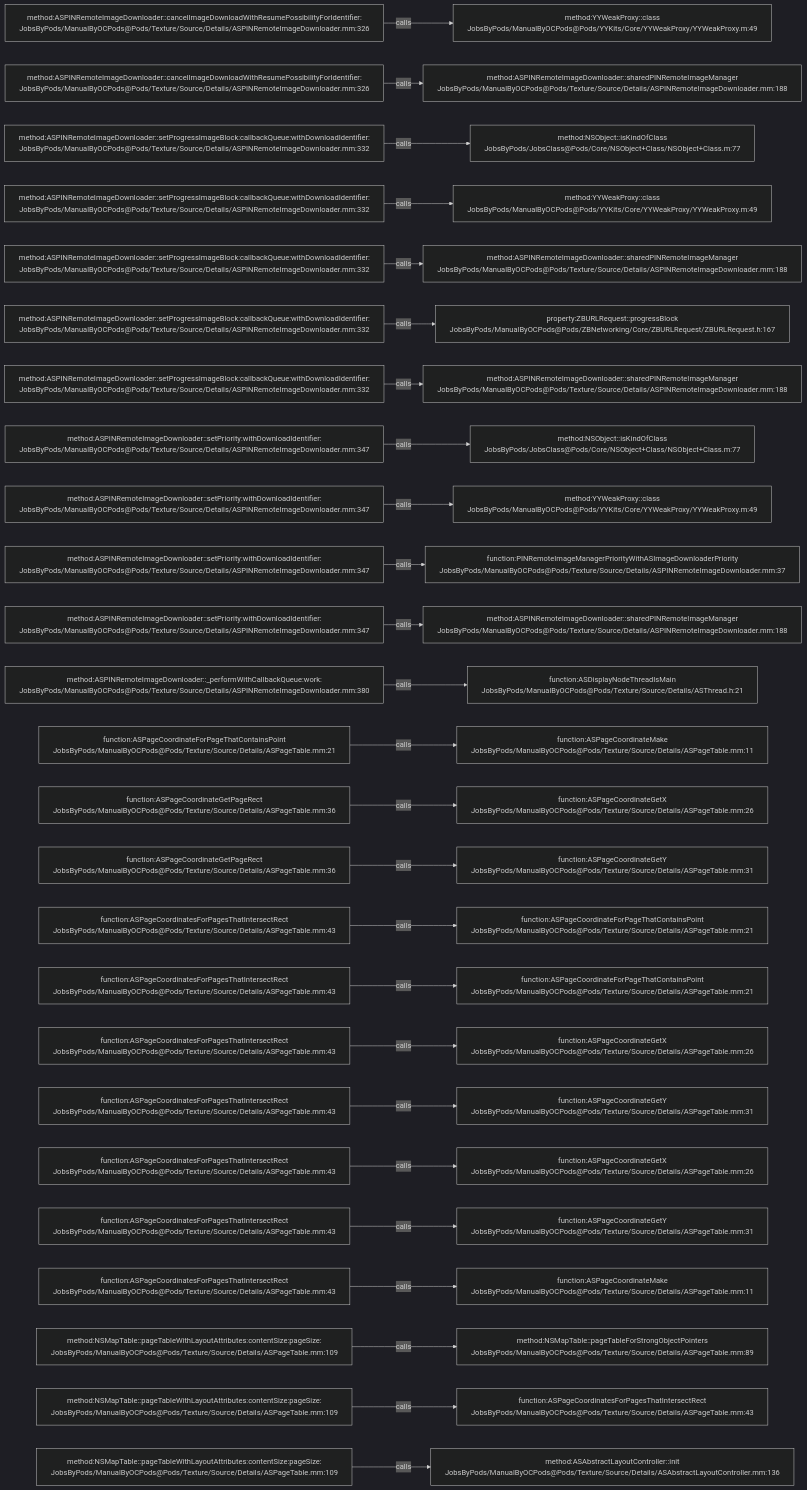
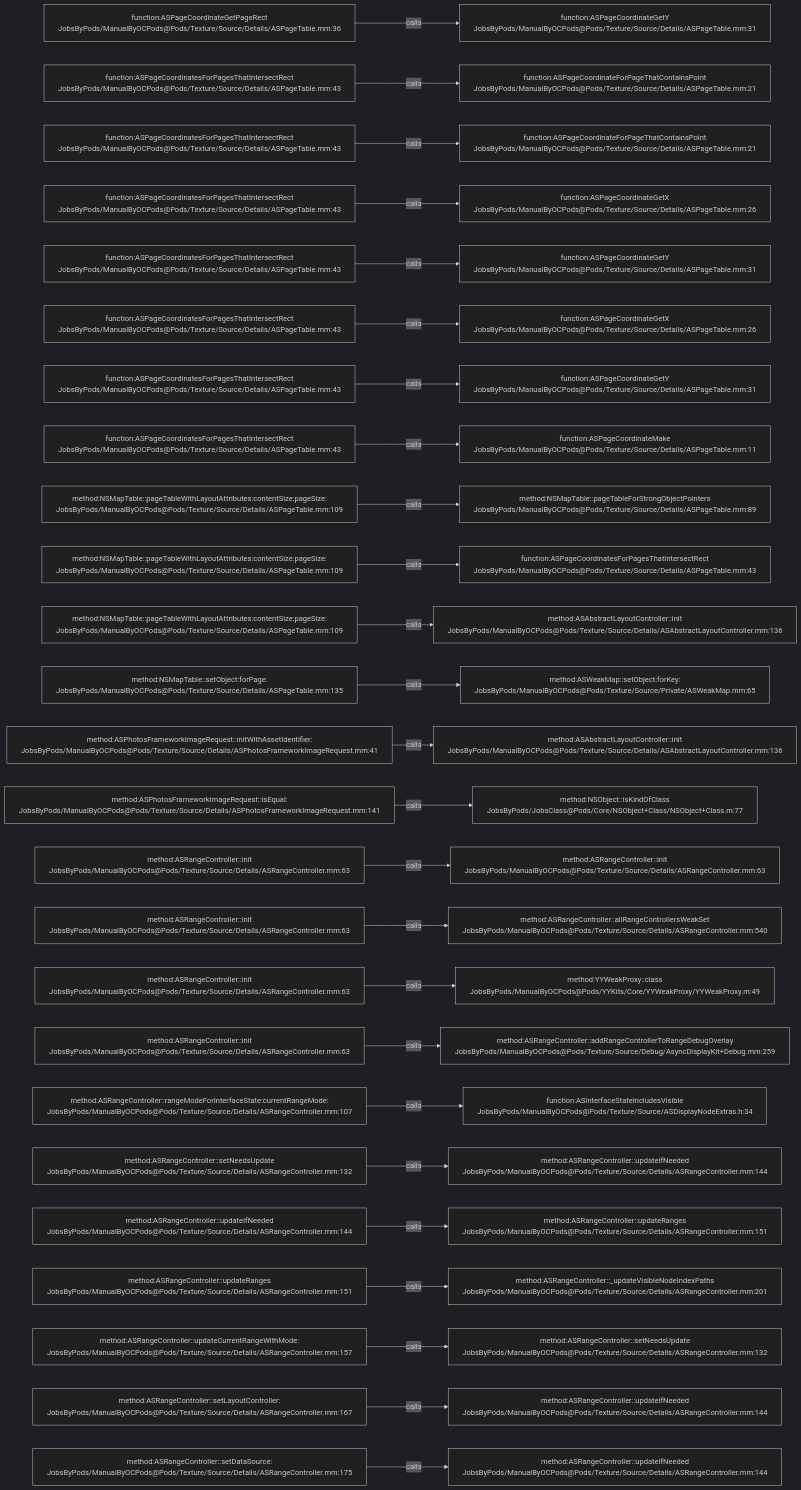
The diagram in .codegraph/codegraph.md/graphs/calls-164.md (JobsKits/JobsOCBaseConfigDemo), drawn with Mermaid (dark theme) before and after one commit. The commit also changed 296 other files, not shown here.

````diff
--- a/.codegraph/codegraph.md/graphs/calls-164.md
+++ b/.codegraph/codegraph.md/graphs/calls-164.md
@@ -13,78 +13,78 @@
 ```mermaid
 flowchart LR
-  S1["method:ASPINRemoteImageDownloader::cancelImageDownloadWithResumePossibilityForIdentifier:<br/>JobsByPods/ManualByOCPods@Pods/Texture/Source/Details/ASPINRemoteImageDownloader.mm:326"]
-  T1["method:YYWeakProxy::class<br/>JobsByPods/ManualByOCPods@Pods/YYKits/Core/YYWeakProxy/YYWeakProxy.m:49"]
+  S1["function:ASPageCoordinateGetPageRect<br/>JobsByPods/ManualByOCPods@Pods/Texture/Source/Details/ASPageTable.mm:36"]
+  T1["function:ASPageCoordinateGetY<br/>JobsByPods/ManualByOCPods@Pods/Texture/Source/Details/ASPageTable.mm:31"]
   S1 -->|calls| T1
-  S2["method:ASPINRemoteImageDownloader::cancelImageDownloadWithResumePossibilityForIdentifier:<br/>JobsByPods/ManualByOCPods@Pods/Texture/Source/Details/ASPINRemoteImageDownloader.mm:326"]
-  T2["method:ASPINRemoteImageDownloader::sharedPINRemoteImageManager<br/>JobsByPods/ManualByOCPods@Pods/Texture/Source/Details/ASPINRemoteImageDownloader.mm:188"]
+  S2["function:ASPageCoordinatesForPagesThatIntersectRect<br/>JobsByPods/ManualByOCPods@Pods/Texture/Source/Details/ASPageTable.mm:43"]
+  T2["function:ASPageCoordinateForPageThatContainsPoint<br/>JobsByPods/ManualByOCPods@Pods/Texture/Source/Details/ASPageTable.mm:21"]
   S2 -->|calls| T2
-  S3["method:ASPINRemoteImageDownloader::setProgressImageBlock:callbackQueue:withDownloadIdentifier:<br/>JobsByPods/ManualByOCPods@Pods/Texture/Source/Details/ASPINRemoteImageDownloader.mm:332"]
-  T3["method:NSObject::isKindOfClass<br/>JobsByPods/JobsClass@Pods/Core/NSObject+Class/NSObject+Class.m:77"]
+  S3["function:ASPageCoordinatesForPagesThatIntersectRect<br/>JobsByPods/ManualByOCPods@Pods/Texture/Source/Details/ASPageTable.mm:43"]
+  T3["function:ASPageCoordinateForPageThatContainsPoint<br/>JobsByPods/ManualByOCPods@Pods/Texture/Source/Details/ASPageTable.mm:21"]
   S3 -->|calls| T3
-  S4["method:ASPINRemoteImageDownloader::setProgressImageBlock:callbackQueue:withDownloadIdentifier:<br/>JobsByPods/ManualByOCPods@Pods/Texture/Source/Details/ASPINRemoteImageDownloader.mm:332"]
-  T4["method:YYWeakProxy::class<br/>JobsByPods/ManualByOCPods@Pods/YYKits/Core/YYWeakProxy/YYWeakProxy.m:49"]
+  S4["function:ASPageCoordinatesForPagesThatIntersectRect<br/>JobsByPods/ManualByOCPods@Pods/Texture/Source/Details/ASPageTable.mm:43"]
+  T4["function:ASPageCoordinateGetX<br/>JobsByPods/ManualByOCPods@Pods/Texture/Source/Details/ASPageTable.mm:26"]
   S4 -->|calls| T4
-  S5["method:ASPINRemoteImageDownloader::setProgressImageBlock:callbackQueue:withDownloadIdentifier:<br/>JobsByPods/ManualByOCPods@Pods/Texture/Source/Details/ASPINRemoteImageDownloader.mm:332"]
-  T5["method:ASPINRemoteImageDownloader::sharedPINRemoteImageManager<br/>JobsByPods/ManualByOCPods@Pods/Texture/Source/Details/ASPINRemoteImageDownloader.mm:188"]
+  S5["function:ASPageCoordinatesForPagesThatIntersectRect<br/>JobsByPods/ManualByOCPods@Pods/Texture/Source/Details/ASPageTable.mm:43"]
+  T5["function:ASPageCoordinateGetY<br/>JobsByPods/ManualByOCPods@Pods/Texture/Source/Details/ASPageTable.mm:31"]
   S5 -->|calls| T5
-  S6["method:ASPINRemoteImageDownloader::setProgressImageBlock:callbackQueue:withDownloadIdentifier:<br/>JobsByPods/ManualByOCPods@Pods/Texture/Source/Details/ASPINRemoteImageDownloader.mm:332"]
-  T6["property:ZBURLRequest::progressBlock<br/>JobsByPods/ManualByOCPods@Pods/ZBNetworking/Core/ZBURLRequest/ZBURLRequest.h:167"]
+  S6["function:ASPageCoordinatesForPagesThatIntersectRect<br/>JobsByPods/ManualByOCPods@Pods/Texture/Source/Details/ASPageTable.mm:43"]
+  T6["function:ASPageCoordinateGetX<br/>JobsByPods/ManualByOCPods@Pods/Texture/Source/Details/ASPageTable.mm:26"]
   S6 -->|calls| T6
-  S7["method:ASPINRemoteImageDownloader::setProgressImageBlock:callbackQueue:withDownloadIdentifier:<br/>JobsByPods/ManualByOCPods@Pods/Texture/Source/Details/ASPINRemoteImageDownloader.mm:332"]
-  T7["method:ASPINRemoteImageDownloader::sharedPINRemoteImageManager<br/>JobsByPods/ManualByOCPods@Pods/Texture/Source/Details/ASPINRemoteImageDownloader.mm:188"]
+  S7["function:ASPageCoordinatesForPagesThatIntersectRect<br/>JobsByPods/ManualByOCPods@Pods/Texture/Source/Details/ASPageTable.mm:43"]
+  T7["function:ASPageCoordinateGetY<br/>JobsByPods/ManualByOCPods@Pods/Texture/Source/Details/ASPageTable.mm:31"]
   S7 -->|calls| T7
-  S8["method:ASPINRemoteImageDownloader::setPriority:withDownloadIdentifier:<br/>JobsByPods/ManualByOCPods@Pods/Texture/Source/Details/ASPINRemoteImageDownloader.mm:347"]
-  T8["method:NSObject::isKindOfClass<br/>JobsByPods/JobsClass@Pods/Core/NSObject+Class/NSObject+Class.m:77"]
+  S8["function:ASPageCoordinatesForPagesThatIntersectRect<br/>JobsByPods/ManualByOCPods@Pods/Texture/Source/Details/ASPageTable.mm:43"]
+  T8["function:ASPageCoordinateMake<br/>JobsByPods/ManualByOCPods@Pods/Texture/Source/Details/ASPageTable.mm:11"]
   S8 -->|calls| T8
-  S9["method:ASPINRemoteImageDownloader::setPriority:withDownloadIdentifier:<br/>JobsByPods/ManualByOCPods@Pods/Texture/Source/Details/ASPINRemoteImageDownloader.mm:347"]
-  T9["method:YYWeakProxy::class<br/>JobsByPods/ManualByOCPods@Pods/YYKits/Core/YYWeakProxy/YYWeakProxy.m:49"]
+  S9["method:NSMapTable::pageTableWithLayoutAttributes:contentSize:pageSize:<br/>JobsByPods/ManualByOCPods@Pods/Texture/Source/Details/ASPageTable.mm:109"]
+  T9["method:NSMapTable::pageTableForStrongObjectPointers<br/>JobsByPods/ManualByOCPods@Pods/Texture/Source/Details/ASPageTable.mm:89"]
   S9 -->|calls| T9
-  S10["method:ASPINRemoteImageDownloader::setPriority:withDownloadIdentifier:<br/>JobsByPods/ManualByOCPods@Pods/Texture/Source/Details/ASPINRemoteImageDownloader.mm:347"]
-  T10["function:PINRemoteImageManagerPriorityWithASImageDownloaderPriority<br/>JobsByPods/ManualByOCPods@Pods/Texture/Source/Details/ASPINRemoteImageDownloader.mm:37"]
+  S10["method:NSMapTable::pageTableWithLayoutAttributes:contentSize:pageSize:<br/>JobsByPods/ManualByOCPods@Pods/Texture/Source/Details/ASPageTable.mm:109"]
+  T10["function:ASPageCoordinatesForPagesThatIntersectRect<br/>JobsByPods/ManualByOCPods@Pods/Texture/Source/Details/ASPageTable.mm:43"]
   S10 -->|calls| T10
-  S11["method:ASPINRemoteImageDownloader::setPriority:withDownloadIdentifier:<br/>JobsByPods/ManualByOCPods@Pods/Texture/Source/Details/ASPINRemoteImageDownloader.mm:347"]
-  T11["method:ASPINRemoteImageDownloader::sharedPINRemoteImageManager<br/>JobsByPods/ManualByOCPods@Pods/Texture/Source/Details/ASPINRemoteImageDownloader.mm:188"]
+  S11["method:NSMapTable::pageTableWithLayoutAttributes:contentSize:pageSize:<br/>JobsByPods/ManualByOCPods@Pods/Texture/Source/Details/ASPageTable.mm:109"]
+  T11["method:ASAbstractLayoutController::init<br/>JobsByPods/ManualByOCPods@Pods/Texture/Source/Details/ASAbstractLayoutController.mm:136"]
   S11 -->|calls| T11
-  S12["method:ASPINRemoteImageDownloader::_performWithCallbackQueue:work:<br/>JobsByPods/ManualByOCPods@Pods/Texture/Source/Details/ASPINRemoteImageDownloader.mm:380"]
-  T12["function:ASDisplayNodeThreadIsMain<br/>JobsByPods/ManualByOCPods@Pods/Texture/Source/Details/ASThread.h:21"]
+  S12["method:NSMapTable::setObject:forPage:<br/>JobsByPods/ManualByOCPods@Pods/Texture/Source/Details/ASPageTable.mm:135"]
+  T12["method:ASWeakMap::setObject:forKey:<br/>JobsByPods/ManualByOCPods@Pods/Texture/Source/Private/ASWeakMap.mm:65"]
   S12 -->|calls| T12
-  S13["function:ASPageCoordinateForPageThatContainsPoint<br/>JobsByPods/ManualByOCPods@Pods/Texture/Source/Details/ASPageTable.mm:21"]
-  T13["function:ASPageCoordinateMake<br/>JobsByPods/ManualByOCPods@Pods/Texture/Source/Details/ASPageTable.mm:11"]
+  S13["method:ASPhotosFrameworkImageRequest::initWithAssetIdentifier:<br/>JobsByPods/ManualByOCPods@Pods/Texture/Source/Details/ASPhotosFrameworkImageRequest.mm:41"]
+  T13["method:ASAbstractLayoutController::init<br/>JobsByPods/ManualByOCPods@Pods/Texture/Source/Details/ASAbstractLayoutController.mm:136"]
   S13 -->|calls| T13
-  S14["function:ASPageCoordinateGetPageRect<br/>JobsByPods/ManualByOCPods@Pods/Texture/Source/Details/ASPageTable.mm:36"]
-  T14["function:ASPageCoordinateGetX<br/>JobsByPods/ManualByOCPods@Pods/Texture/Source/Details/ASPageTable.mm:26"]
+  S14["method:ASPhotosFrameworkImageRequest::isEqual:<br/>JobsByPods/ManualByOCPods@Pods/Texture/Source/Details/ASPhotosFrameworkImageRequest.mm:141"]
+  T14["method:NSObject::isKindOfClass<br/>JobsByPods/JobsClass@Pods/Core/NSObject+Class/NSObject+Class.m:77"]
   S14 -->|calls| T14
-  S15["function:ASPageCoordinateGetPageRect<br/>JobsByPods/ManualByOCPods@Pods/Texture/Source/Details/ASPageTable.mm:36"]
-  T15["function:ASPageCoordinateGetY<br/>JobsByPods/ManualByOCPods@Pods/Texture/Source/Details/ASPageTable.mm:31"]
+  S15["method:ASRangeController::init<br/>JobsByPods/ManualByOCPods@Pods/Texture/Source/Details/ASRangeController.mm:63"]
+  T15["method:ASRangeController::init<br/>JobsByPods/ManualByOCPods@Pods/Texture/Source/Details/ASRangeController.mm:63"]
   S15 -->|calls| T15
-  S16["function:ASPageCoordinatesForPagesThatIntersectRect<br/>JobsByPods/ManualByOCPods@Pods/Texture/Source/Details/ASPageTable.mm:43"]
-  T16["function:ASPageCoordinateForPageThatContainsPoint<br/>JobsByPods/ManualByOCPods@Pods/Texture/Source/Details/ASPageTable.mm:21"]
+  S16["method:ASRangeController::init<br/>JobsByPods/ManualByOCPods@Pods/Texture/Source/Details/ASRangeController.mm:63"]
+  T16["method:ASRangeController::allRangeControllersWeakSet<br/>JobsByPods/ManualByOCPods@Pods/Texture/Source/Details/ASRangeController.mm:540"]
   S16 -->|calls| T16
-  S17["function:ASPageCoordinatesForPagesThatIntersectRect<br/>JobsByPods/ManualByOCPods@Pods/Texture/Source/Details/ASPageTable.mm:43"]
-  T17["function:ASPageCoordinateForPageThatContainsPoint<br/>JobsByPods/ManualByOCPods@Pods/Texture/Source/Details/ASPageTable.mm:21"]
+  S17["method:ASRangeController::init<br/>JobsByPods/ManualByOCPods@Pods/Texture/Source/Details/ASRangeController.mm:63"]
+  T17["method:YYWeakProxy::class<br/>JobsByPods/ManualByOCPods@Pods/YYKits/Core/YYWeakProxy/YYWeakProxy.m:49"]
   S17 -->|calls| T17
-  S18["function:ASPageCoordinatesForPagesThatIntersectRect<br/>JobsByPods/ManualByOCPods@Pods/Texture/Source/Details/ASPageTable.mm:43"]
-  T18["function:ASPageCoordinateGetX<br/>JobsByPods/ManualByOCPods@Pods/Texture/Source/Details/ASPageTable.mm:26"]
+  S18["method:ASRangeController::init<br/>JobsByPods/ManualByOCPods@Pods/Texture/Source/Details/ASRangeController.mm:63"]
+  T18["method:ASRangeController::addRangeControllerToRangeDebugOverlay<br/>JobsByPods/ManualByOCPods@Pods/Texture/Source/Debug/AsyncDisplayKit+Debug.mm:259"]
   S18 -->|calls| T18
-  S19["function:ASPageCoordinatesForPagesThatIntersectRect<br/>JobsByPods/ManualByOCPods@Pods/Texture/Source/Details/ASPageTable.mm:43"]
-  T19["function:ASPageCoordinateGetY<br/>JobsByPods/ManualByOCPods@Pods/Texture/Source/Details/ASPageTable.mm:31"]
+  S19["method:ASRangeController::rangeModeForInterfaceState:currentRangeMode:<br/>JobsByPods/ManualByOCPods@Pods/Texture/Source/Details/ASRangeController.mm:107"]
+  T19["function:ASInterfaceStateIncludesVisible<br/>JobsByPods/ManualByOCPods@Pods/Texture/Source/ASDisplayNodeExtras.h:34"]
   S19 -->|calls| T19
-  S20["function:ASPageCoordinatesForPagesThatIntersectRect<br/>JobsByPods/ManualByOCPods@Pods/Texture/Source/Details/ASPageTable.mm:43"]
-  T20["function:ASPageCoordinateGetX<br/>JobsByPods/ManualByOCPods@Pods/Texture/Source/Details/ASPageTable.mm:26"]
+  S20["method:ASRangeController::setNeedsUpdate<br/>JobsByPods/ManualByOCPods@Pods/Texture/Source/Details/ASRangeController.mm:132"]
+  T20["method:ASRangeController::updateIfNeeded<br/>JobsByPods/ManualByOCPods@Pods/Texture/Source/Details/ASRangeController.mm:144"]
   S20 -->|calls| T20
-  S21["function:ASPageCoordinatesForPagesThatIntersectRect<br/>JobsByPods/ManualByOCPods@Pods/Texture/Source/Details/ASPageTable.mm:43"]
-  T21["function:ASPageCoordinateGetY<br/>JobsByPods/ManualByOCPods@Pods/Texture/Source/Details/ASPageTable.mm:31"]
+  S21["method:ASRangeController::updateIfNeeded<br/>JobsByPods/ManualByOCPods@Pods/Texture/Source/Details/ASRangeController.mm:144"]
+  T21["method:ASRangeController::updateRanges<br/>JobsByPods/ManualByOCPods@Pods/Texture/Source/Details/ASRangeController.mm:151"]
   S21 -->|calls| T21
-  S22["function:ASPageCoordinatesForPagesThatIntersectRect<br/>JobsByPods/ManualByOCPods@Pods/Texture/Source/Details/ASPageTable.mm:43"]
-  T22["function:ASPageCoordinateMake<br/>JobsByPods/ManualByOCPods@Pods/Texture/Source/Details/ASPageTable.mm:11"]
+  S22["method:ASRangeController::updateRanges<br/>JobsByPods/ManualByOCPods@Pods/Texture/Source/Details/ASRangeController.mm:151"]
+  T22["method:ASRangeController::_updateVisibleNodeIndexPaths<br/>JobsByPods/ManualByOCPods@Pods/Texture/Source/Details/ASRangeController.mm:201"]
   S22 -->|calls| T22
-  S23["method:NSMapTable::pageTableWithLayoutAttributes:contentSize:pageSize:<br/>JobsByPods/ManualByOCPods@Pods/Texture/Source/Details/ASPageTable.mm:109"]
-  T23["method:NSMapTable::pageTableForStrongObjectPointers<br/>JobsByPods/ManualByOCPods@Pods/Texture/Source/Details/ASPageTable.mm:89"]
+  S23["method:ASRangeController::updateCurrentRangeWithMode:<br/>JobsByPods/ManualByOCPods@Pods/Texture/Source/Details/ASRangeController.mm:157"]
+  T23["method:ASRangeController::setNeedsUpdate<br/>JobsByPods/ManualByOCPods@Pods/Texture/Source/Details/ASRangeController.mm:132"]
   S23 -->|calls| T23
-  S24["method:NSMapTable::pageTableWithLayoutAttributes:contentSize:pageSize:<br/>JobsByPods/ManualByOCPods@Pods/Texture/Source/Details/ASPageTable.mm:109"]
-  T24["function:ASPageCoordinatesForPagesThatIntersectRect<br/>JobsByPods/ManualByOCPods@Pods/Texture/Source/Details/ASPageTable.mm:43"]
+  S24["method:ASRangeController::setLayoutController:<br/>JobsByPods/ManualByOCPods@Pods/Texture/Source/Details/ASRangeController.mm:167"]
+  T24["method:ASRangeController::updateIfNeeded<br/>JobsByPods/ManualByOCPods@Pods/Texture/Source/Details/ASRangeController.mm:144"]
   S24 -->|calls| T24
-  S25["method:NSMapTable::pageTableWithLayoutAttributes:contentSize:pageSize:<br/>JobsByPods/ManualByOCPods@Pods/Texture/Source/Details/ASPageTable.mm:109"]
-  T25["method:ASAbstractLayoutController::init<br/>JobsByPods/ManualByOCPods@Pods/Texture/Source/Details/ASAbstractLayoutController.mm:136"]
+  S25["method:ASRangeController::setDataSource:<br/>JobsByPods/ManualByOCPods@Pods/Texture/Source/Details/ASRangeController.mm:175"]
+  T25["method:ASRangeController::updateIfNeeded<br/>JobsByPods/ManualByOCPods@Pods/Texture/Source/Details/ASRangeController.mm:144"]
   S25 -->|calls| T25
 ```
````
